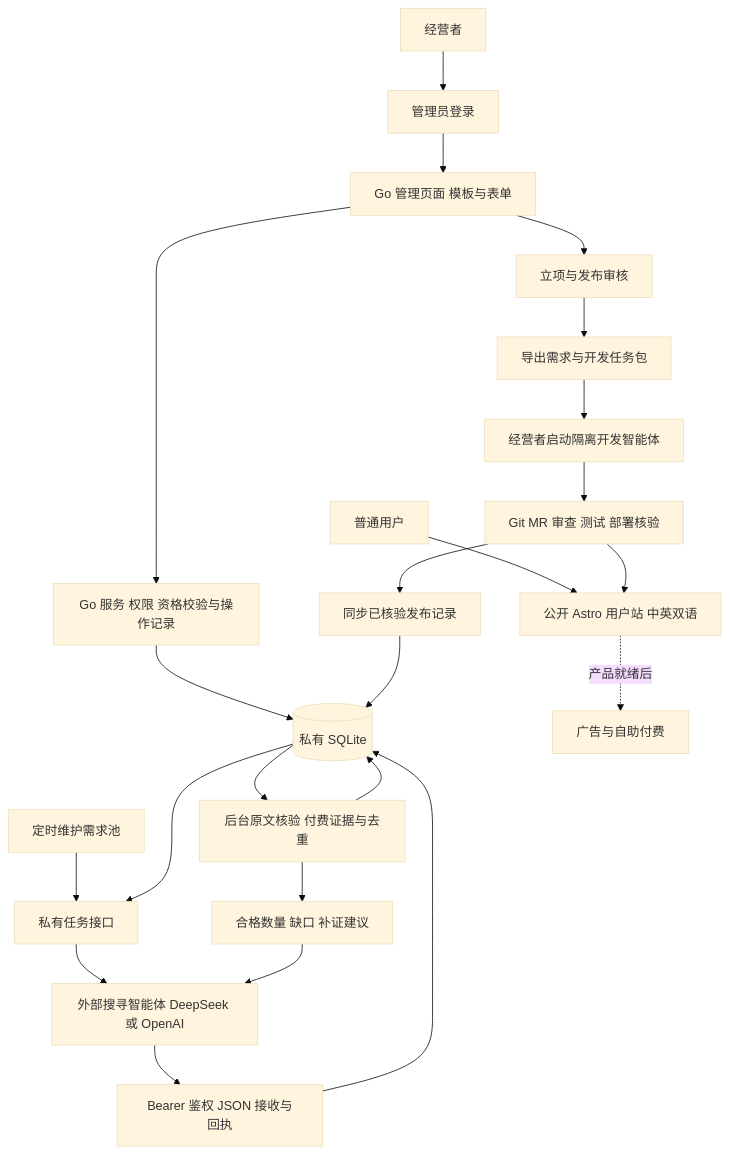
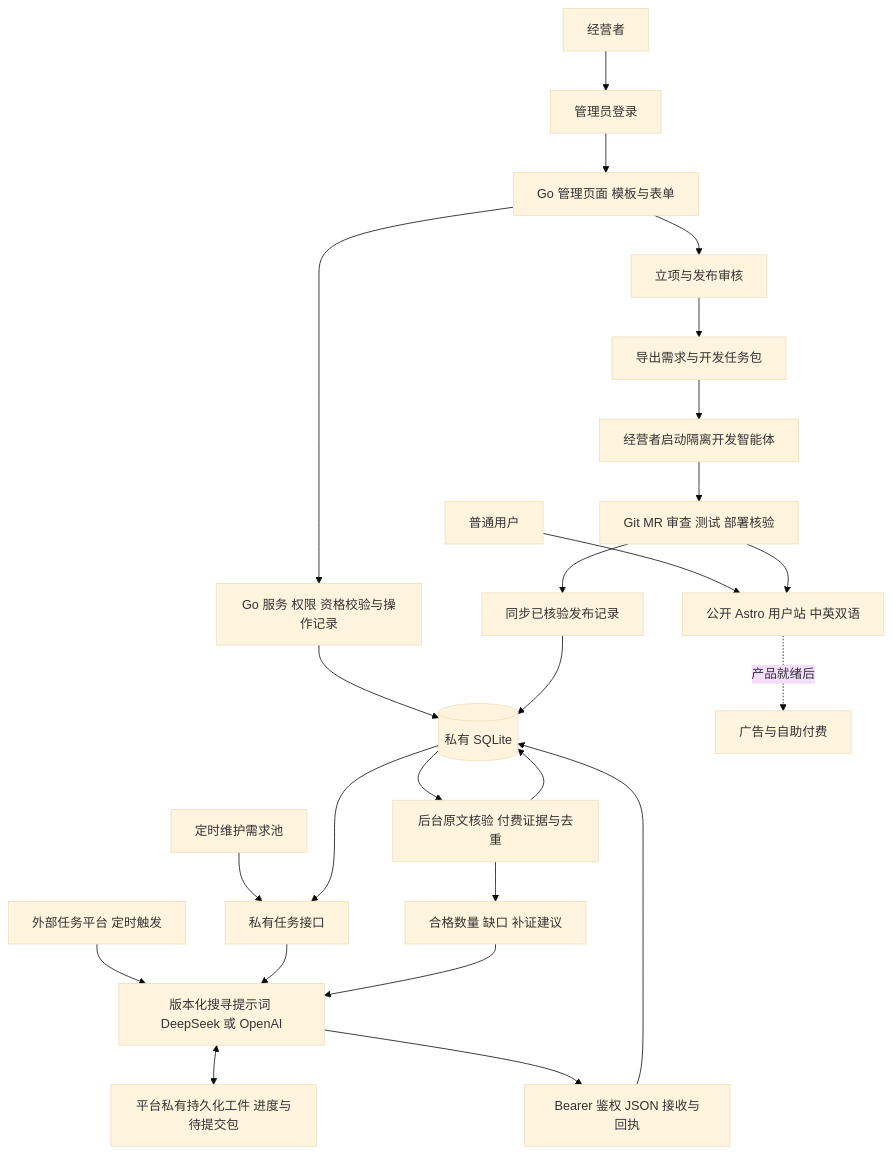
One commit to yyl1212/creative changed the second of 2 diagrams in docs/superpowers/specs/2026-11-08-creative-platform-design.md. Above: the diagram before and after it, drawn with Mermaid (base theme). The commit also changed other lines of this file and 3 other files, not shown here.

````diff
--- a/docs/superpowers/specs/2026-11-08-creative-platform-design.md
+++ b/docs/superpowers/specs/2026-11-08-creative-platform-design.md
@@ -194,25 +196,27 @@
 ```mermaid
 flowchart TB
     U[普通用户] --> WEB[公开 Astro 用户站 中英双语]
     OWNER[经营者] --> LOGIN[管理员登录]
     LOGIN --> ADMIN[Go 管理页面 模板与表单]
     ADMIN --> ACTION[Go 服务 权限 资格校验与操作记录]
     ACTION --> DB[(私有 SQLite)]
     T[定时维护需求池] --> TASK[私有任务接口]
     DB --> TASK
-    TASK --> AG[外部搜寻智能体 DeepSeek 或 OpenAI]
+    SCHEDULE[外部任务平台 定时触发] --> AG[版本化搜寻提示词 DeepSeek 或 OpenAI]
+    TASK --> AG
+    AG <--> STATE[平台私有持久化工件 进度与待提交包]
     AG --> INTAKE[Bearer 鉴权 JSON 接收与回执]
     INTAKE --> DB
     DB --> VERIFY[后台原文核验 付费证据与去重]
     VERIFY --> RESULT[合格数量 缺口 补证建议]
     RESULT --> AG
     VERIFY --> DB
     ADMIN --> APPROVE[立项与发布审核]
     APPROVE --> PACKAGE[导出需求与开发任务包]
     PACKAGE --> DEV[经营者启动隔离开发智能体]
     DEV --> GIT[Git MR 审查 测试 部署核验]
     GIT --> WEB
     GIT --> SYNC[同步已核验发布记录]
     SYNC --> DB
     WEB -. 产品就绪后 .-> BUSINESS[广告与自助付费]
 ```
````
